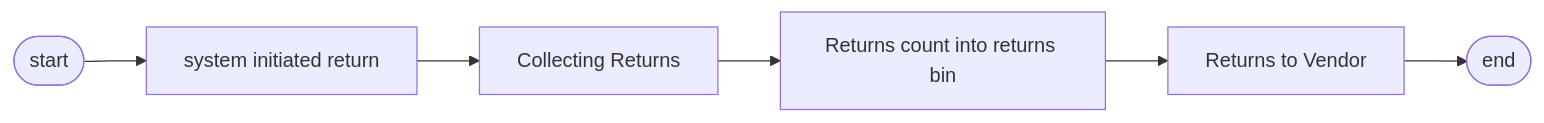
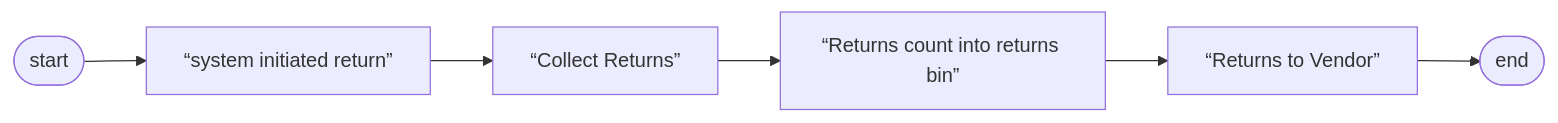
The diagram in files/RTV_EN.md (dlelyw/VTX_6501), drawn with Mermaid before and after one commit. The commit also changed other lines of this file and 14 other files, not shown here.

````diff
--- a/files/RTV_EN.md
+++ b/files/RTV_EN.md
@@ -3,8 +3,8 @@
 ```mermaid
 flowchart LR
-    A([start]) --> B[system initiated return]
-    B --> C[Collecting Returns]
-    C --> D[Returns count into returns bin]
-    D --> E[Returns to Vendor]
+    A([start]) --> B[“system initiated return”]
+    B --> C[“Collect Returns”]
+    C --> D[“Returns count into returns bin”]
+    D --> E[“Returns to Vendor”]
     E --> F([end])
 ```
````
